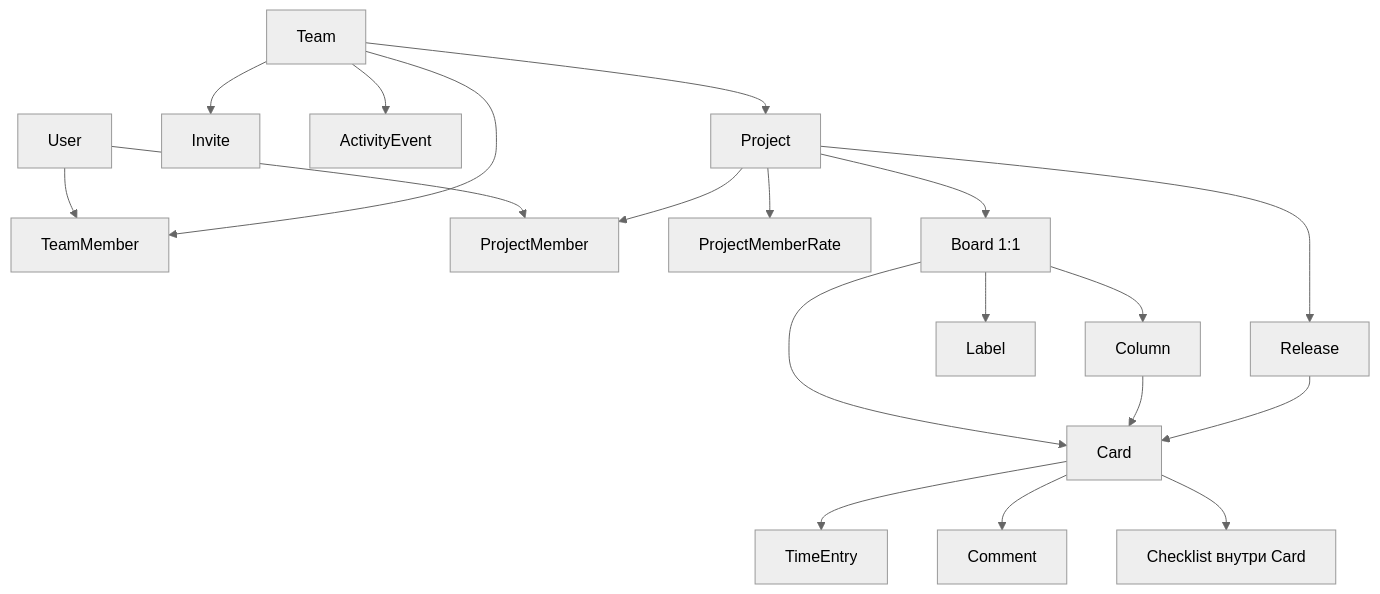
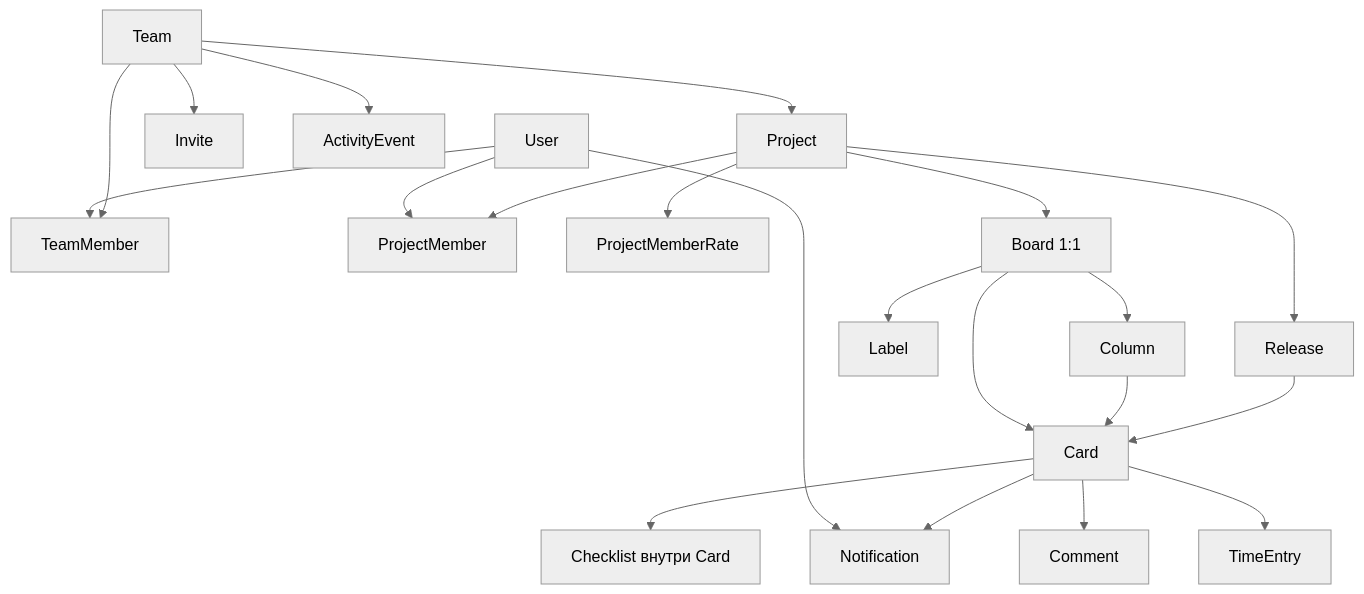
The third of 4 diagrams in docs/README.md (shamilfrontend/taskmaster), drawn with Mermaid (neutral theme) before and after one commit. The commit also changed 19 other files, not shown here.

````diff
--- a/docs/README.md
+++ b/docs/README.md
@@ -63,38 +63,41 @@
 ```mermaid
 flowchart TB
   User[User]
   Team[Team]
   TeamMember[TeamMember]
   Invite[Invite]
   Activity[ActivityEvent]
   Project[Project]
   ProjectMember[ProjectMember]
   MemberRate[ProjectMemberRate]
   Board[Board 1:1]
   Column[Column]
   Label[Label]
   Card[Card]
   Release[Release]
   TimeEntry[TimeEntry]
   Comment[Comment]
+  Notification[Notification]
   Checklist[Checklist внутри Card]
 
   User --> TeamMember
   Team --> TeamMember
   Team --> Invite
   Team --> Activity
   Team --> Project
   User --> ProjectMember
+  User --> Notification
   Project --> ProjectMember
   Project --> MemberRate
   Project --> Board
   Project --> Release
   Board --> Column
   Board --> Label
   Board --> Card
   Column --> Card
   Release --> Card
   Card --> TimeEntry
   Card --> Comment
+  Card --> Notification
   Card --> Checklist
 ```
````
